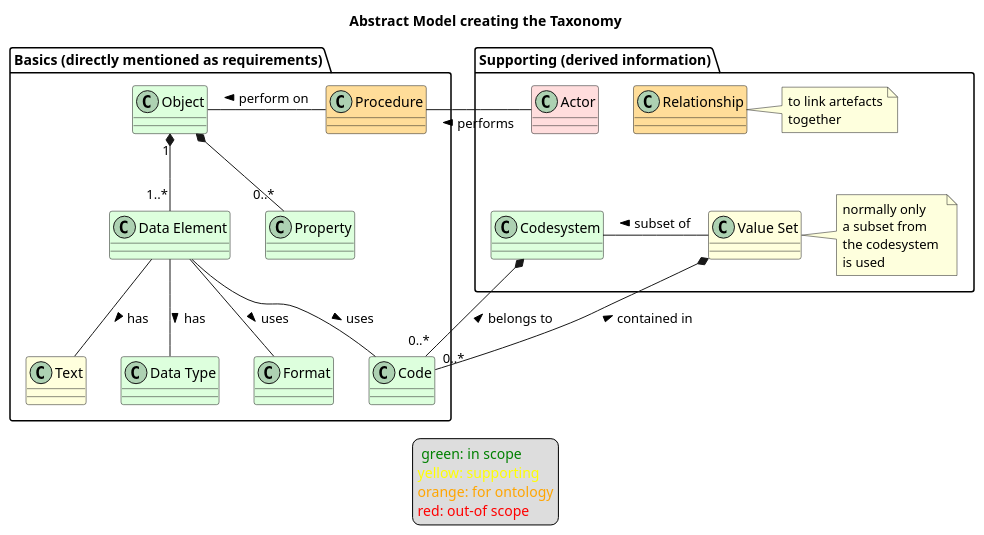
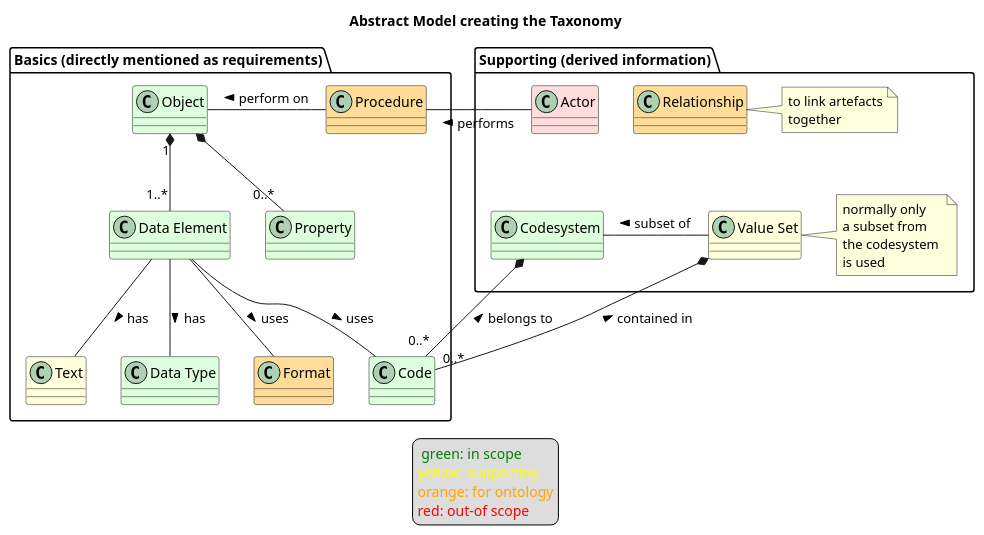
The diagram in input/images-source/abstractmodel.plantuml (hl7-eu/medtechlabel-wp2-im), drawn with PlantUML before and after one commit. The commit also changed 3 other files, not shown here.

```diff
--- a/input/images-source/abstractmodel.plantuml
+++ b/input/images-source/abstractmodel.plantuml
@@ -1,73 +1,75 @@
 @startuml
 
+'einblenden für rendering
+'ausblenden (=auskommentieren) für editing
 skinparam svgDimensionStyle false
 
 title Abstract Model creating the Taxonomy
 
 package "Basics (directly mentioned as requirements)" {
 
 class "Property" as prop #dfd
 
 class "Object" as obj #dfd
 
 class "Data Element" as de #dfd
 
 obj "1" *-- "1..*" de
 obj *-- "0..*" prop
 
 class "Data Type" as dt #dfd
-class "Format" as format #dfd
+class "Format" as format #fd9
 class "Text" as text #ffd
 
 de -- dt : has >
 de -- format : uses >
 de -- text : has >
 
 class "Code" as code #dfd
 
 de -- code : uses >
 
 class "Procedure" as proc #fd9
 
 proc -left- obj : perform on >
 
 }
 
 package "Supporting (derived information)" {
 
 class "Relationship" as rel #fd9
 Note right of rel
 to link artefacts
 together
 end Note
 
 class "Actor" as a #fdd
 
 class "Codesystem" as cs #dfd
 class "Value Set" as vs #ffd
 Note right of vs
 normally only 
 a subset from 
 the codesystem 
 is used
 end Note
 
 vs -left- cs : subset of >
 
 rel -[hidden]down- cs
 
 }
 
 proc -right- a  : performs <
 
 cs *-- "0..*" code : belongs to <
 vs *-- "0..*" code : contained in <
 
 legend
 <font color=green> green: in scope</font>
 <font color=yellow>yellow: supporting</font>
 <font color=orange>orange: for ontology</font>
 <font color=red>red: out-of scope</font>
 end legend
 
 @enduml
```
